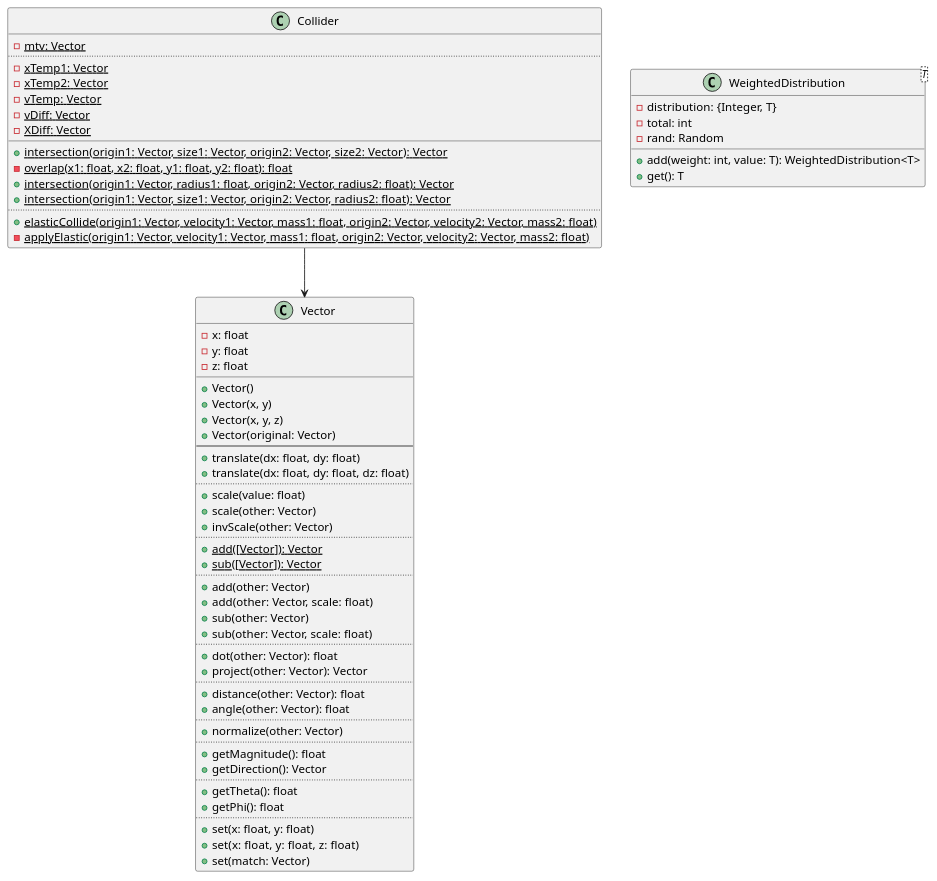
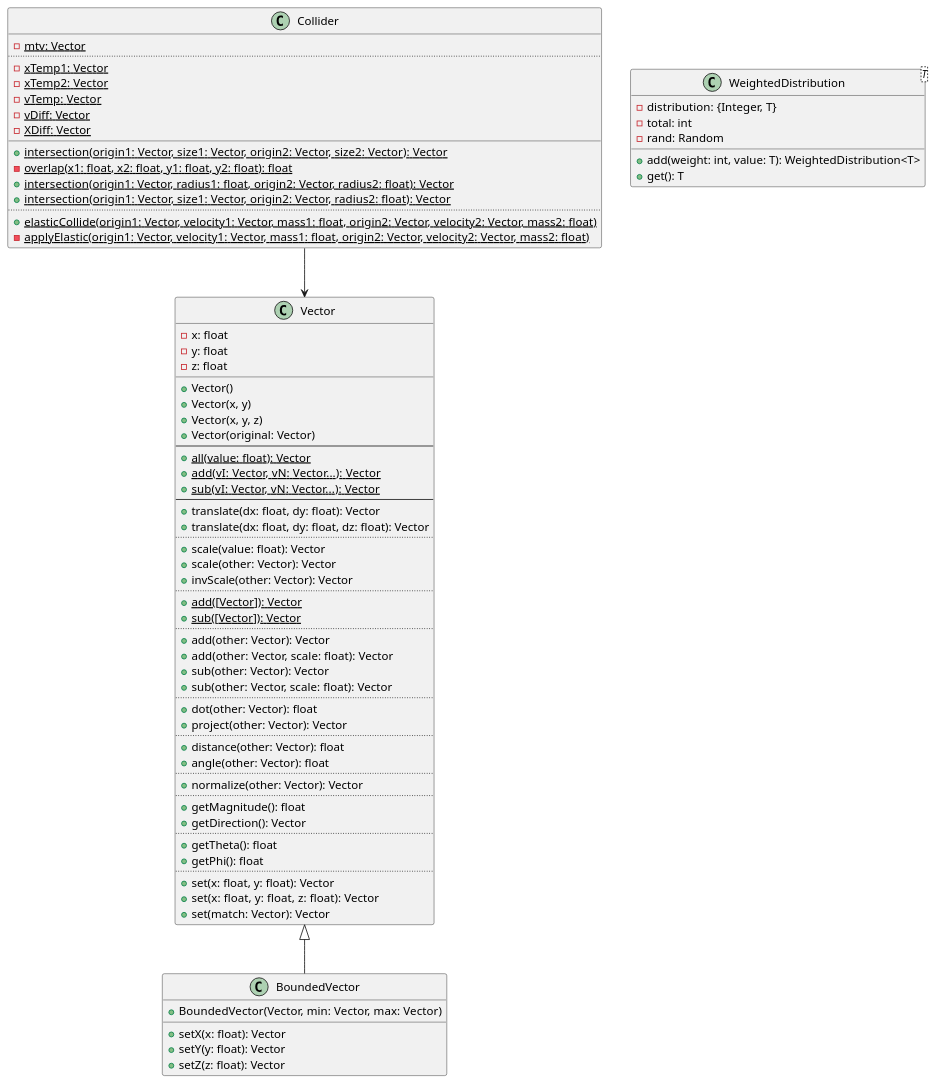
Before and after one commit to kkorolyov/pancake: the diagram in docs/uml/pancake-platform/math.class.puml, drawn with PlantUML. The commit also changed 5 other files, not shown here.

Commit message:
Add BoundedVector: Add BoundedVector, use in Damping, Velocity

```diff
--- a/docs/uml/pancake-platform/math.class.puml
+++ b/docs/uml/pancake-platform/math.class.puml
@@ -1,75 +1,88 @@
 @startuml
 
 class Collider {
 	{static} -mtv: Vector
 	..
 	{static} -xTemp1: Vector
 	{static} -xTemp2: Vector
 	{static} -vTemp: Vector
 	{static} -vDiff: Vector
 	{static} -XDiff: Vector
 	__
 	{static} +intersection(origin1: Vector, size1: Vector, origin2: Vector, size2: Vector): Vector
 	{static} -overlap(x1: float, x2: float, y1: float, y2: float): float
 	{static} +intersection(origin1: Vector, radius1: float, origin2: Vector, radius2: float): Vector
 	{static} +intersection(origin1: Vector, size1: Vector, origin2: Vector, radius2: float): Vector
 	..
 	{static} +elasticCollide(origin1: Vector, velocity1: Vector, mass1: float, origin2: Vector, velocity2: Vector, mass2: float)
 	{static} -applyElastic(origin1: Vector, velocity1: Vector, mass1: float, origin2: Vector, velocity2: Vector, mass2: float)
 }
 Collider --> Vector
 
 class Vector {
 	-x: float
 	-y: float
 	-z: float
 	__
 	+Vector()
 	+Vector(x, y)
 	+Vector(x, y, z)
 	+Vector(original: Vector)
 	--
-	+translate(dx: float, dy: float)
-	+translate(dx: float, dy: float, dz: float)
+	{static} +all(value: float): Vector
+	{static} +add(vI: Vector, vN: Vector...): Vector
+	{static} +sub(vI: Vector, vN: Vector...): Vector
+	--
+	+translate(dx: float, dy: float): Vector
+	+translate(dx: float, dy: float, dz: float): Vector
 	..
-	+scale(value: float)
-	+scale(other: Vector)
-	+invScale(other: Vector)
+	+scale(value: float): Vector
+	+scale(other: Vector): Vector
+	+invScale(other: Vector): Vector
 	..
 	{static} +add([Vector]): Vector
 	{static} +sub([Vector]): Vector
 	..
-	+add(other: Vector)
-	+add(other: Vector, scale: float)
-	+sub(other: Vector)
-	+sub(other: Vector, scale: float)
+	+add(other: Vector): Vector
+	+add(other: Vector, scale: float): Vector
+	+sub(other: Vector): Vector
+	+sub(other: Vector, scale: float): Vector
 	..
 	+dot(other: Vector): float
 	+project(other: Vector): Vector
 	..
 	+distance(other: Vector): float
 	+angle(other: Vector): float
 	..
-	+normalize(other: Vector)
+	+normalize(other: Vector): Vector
 	..
 	+getMagnitude(): float
 	+getDirection(): Vector
 	..
 	+getTheta(): float
 	+getPhi(): float
 	..
-	+set(x: float, y: float)
-	+set(x: float,  y: float, z: float)
-	+set(match: Vector)
+	+set(x: float, y: float): Vector
+	+set(x: float,  y: float, z: float): Vector
+	+set(match: Vector): Vector
+}
+Vector <|-- BoundedVector
+
+class BoundedVector {
+	+BoundedVector(Vector, min: Vector, max: Vector)
+	__
+	+setX(x: float): Vector
+	+setY(y: float): Vector
+	+setZ(z: float): Vector
 }
 
 class WeightedDistribution<T> {
 	-distribution: {Integer, T}
 	-total: int
 	-rand: Random
 	__
 	+add(weight: int, value: T): WeightedDistribution<T>
 	+get(): T
 }
 
 @enduml
```
